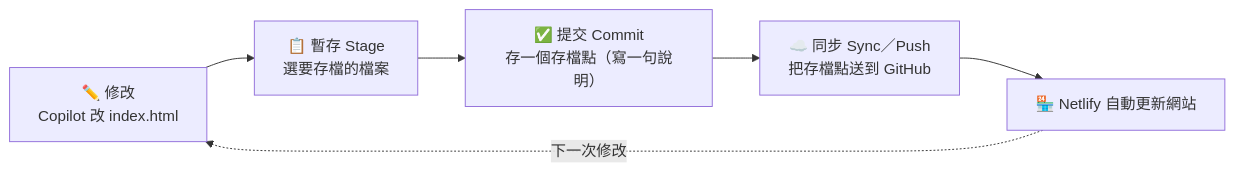
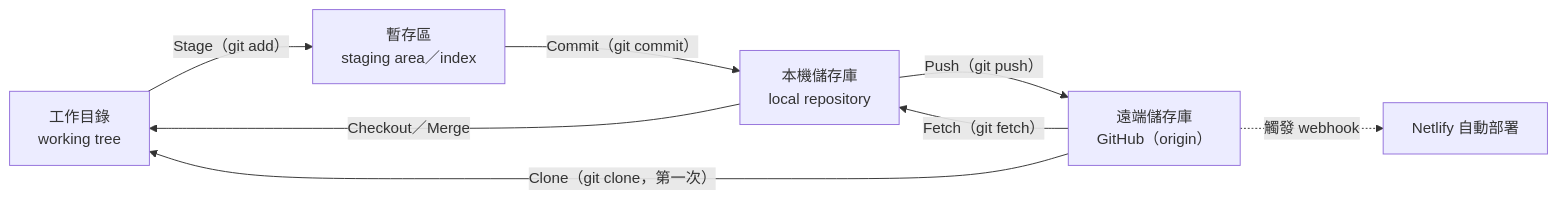
One commit to cychiang-ntpu/VibeNTPU changed the first of 2 diagrams in docs/tutorials/git_intro.md. Above: the diagram before and after it, drawn with Mermaid. The commit also changed other lines of this file and 43 other files, not shown here.

````diff
--- a/docs/tutorials/git_intro.md
+++ b/docs/tutorials/git_intro.md
@@ -29,8 +51,10 @@
 ```mermaid
 flowchart LR
-    A["✏️ 修改<br/>Copilot 改 index.html"] --> B["📋 暫存 Stage<br/>選要存檔的檔案"]
-    B --> C["✅ 提交 Commit<br/>存一個存檔點（寫一句說明）"]
-    C --> D["☁️ 同步 Sync／Push<br/>把存檔點送到 GitHub"]
-    D --> E["🏪 Netlify 自動更新網站"]
-    E -. "下一次修改" .-> A
+    WT["工作目錄<br/>working tree"] -- "Stage（git add）" --> IX["暫存區<br/>staging area／index"]
+    IX -- "Commit（git commit）" --> LR["本機儲存庫<br/>local repository"]
+    LR -- "Push（git push）" --> RR["遠端儲存庫<br/>GitHub（origin）"]
+    RR -- "Fetch（git fetch）" --> LR
+    LR -- "Checkout／Merge" --> WT
+    RR -- "Clone（git clone，第一次）" --> WT
+    RR -. "觸發 webhook" .-> NF["Netlify 自動部署"]
 ```
````
